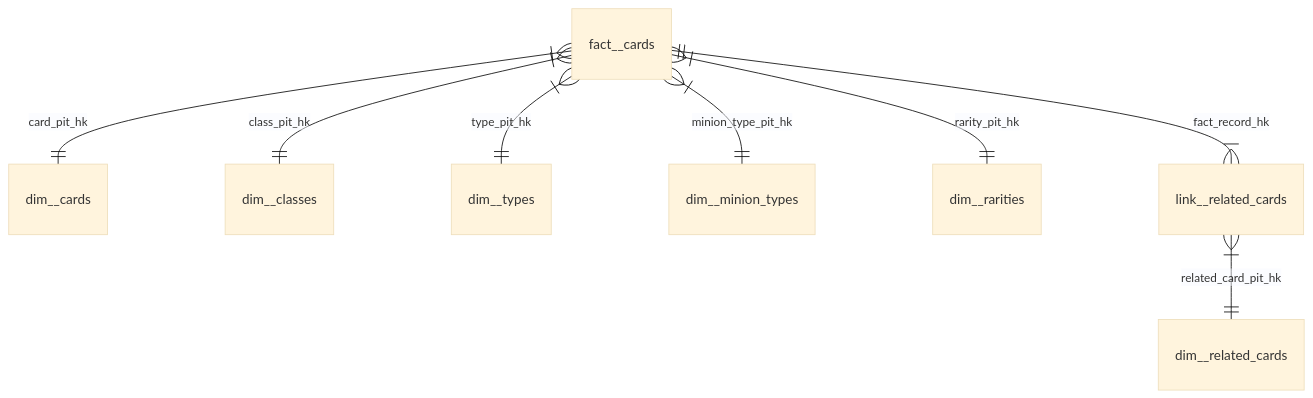
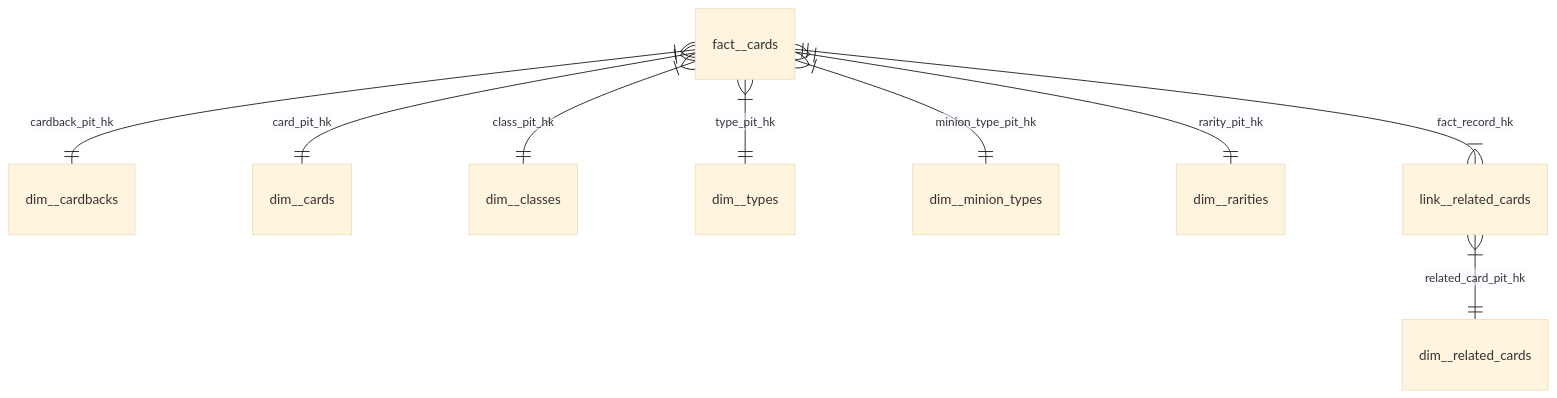
Before and after one commit to mattiasthalen/arcane-insight: the second of 2 diagrams in README.md, drawn with Mermaid (base theme). The commit also changed 5 other files, not shown here.

Commit message:
Add dim__cardbacks

````diff
--- a/README.md
+++ b/README.md
@@ -35,11 +35,12 @@
 ```mermaid
 erDiagram
+    fact__cards }|--|| dim__cardbacks: "cardback_pit_hk"
     fact__cards }|--|| dim__cards: "card_pit_hk"
     fact__cards }|--|| dim__classes: "class_pit_hk"
     fact__cards }|--|| dim__types: "type_pit_hk"
     fact__cards }|--|| dim__minion_types: "minion_type_pit_hk"
     fact__cards }|--|| dim__rarities: "rarity_pit_hk"
     
     fact__cards ||--|{ link__related_cards: "fact_record_hk"
     link__related_cards }|--|| dim__related_cards: "related_card_pit_hk"
 ```
````
